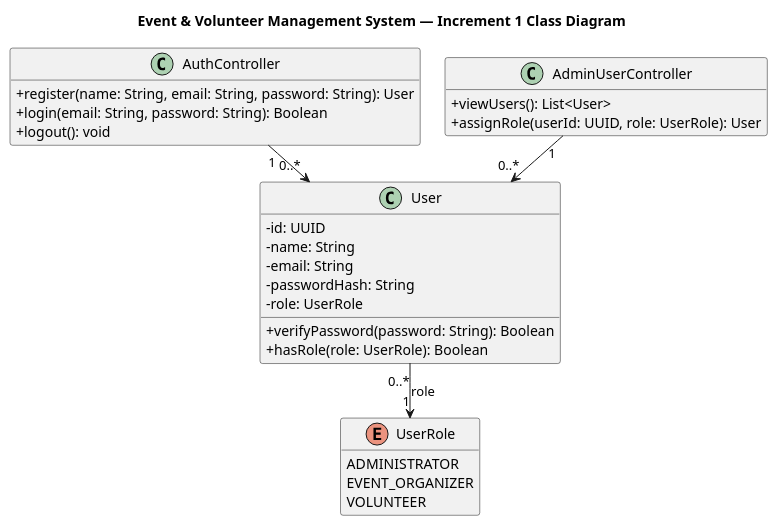
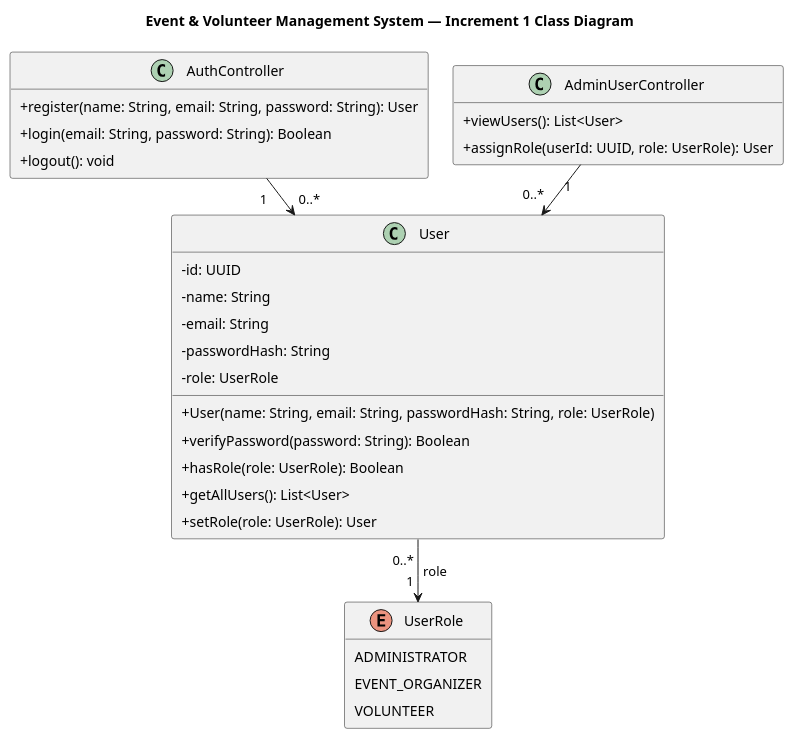
One commit to LeenQasem/SE-project-group8 changed the diagram in uml/class_diagram.puml. Above: the diagram before and after it, drawn with PlantUML. The commit also changed 7 other files, not shown here.

```diff
--- a/uml/class_diagram.puml
+++ b/uml/class_diagram.puml
@@ -1,42 +1,46 @@
 @startuml class_diagram
 title Event & Volunteer Management System — Increment 1 Class Diagram
 
 top to bottom direction
 skinparam linetype polyline
 skinparam nodesep 25
 skinparam ranksep 35
 skinparam shadowing false
 skinparam classAttributeIconSize 0
+skinparam padding 4
 hide empty members
 
 class User {
   - id: UUID
   - name: String
   - email: String
   - passwordHash: String
   - role: UserRole
+  + User(name: String, email: String, passwordHash: String, role: UserRole)
   + verifyPassword(password: String): Boolean
   + hasRole(role: UserRole): Boolean
+  + getAllUsers(): List<User>
+  + setRole(role: UserRole): User
 }
 
 enum UserRole {
   ADMINISTRATOR
   EVENT_ORGANIZER
   VOLUNTEER
 }
 
 class AuthController {
   + register(name: String, email: String, password: String): User
   + login(email: String, password: String): Boolean
   + logout(): void
 }
 
 class AdminUserController {
   + viewUsers(): List<User>
   + assignRole(userId: UUID, role: UserRole): User
 }
 
 AuthController "1" --> "0..*" User
 AdminUserController "1" --> "0..*" User
 User "0..*" --> "1" UserRole : role
 @enduml
```
